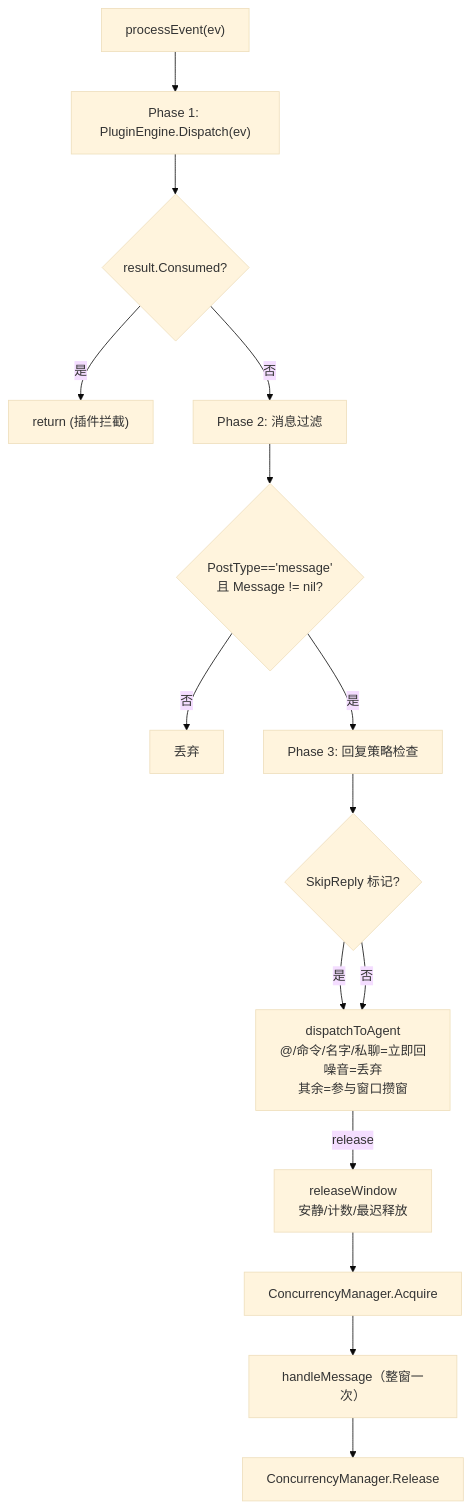
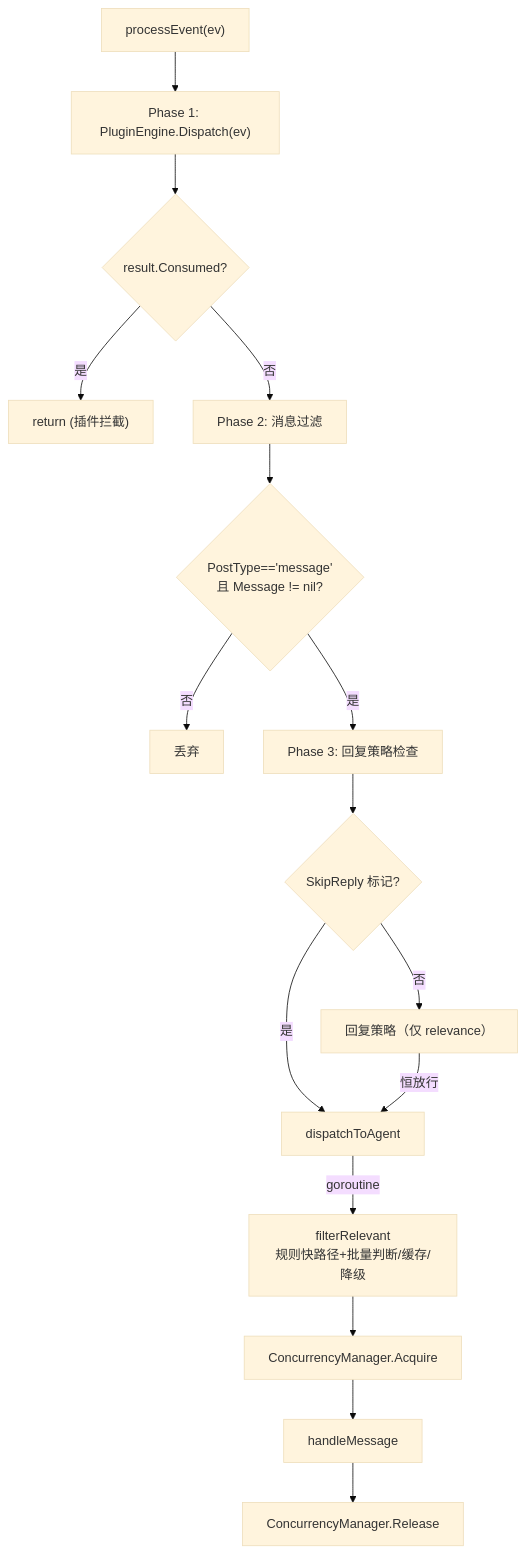
The seventh of 14 diagrams in docs/project-details.md (TuF3i/JuanNiang-Neo), drawn with Mermaid (base theme) before and after one commit. The commit also changed other lines of this file and 38 other files, not shown here.

````diff
--- a/docs/project-details.md
+++ b/docs/project-details.md
@@ -489,17 +492,18 @@
 ```mermaid
 flowchart TD
   Start["processEvent(ev)"] --> P1["Phase 1: PluginEngine.Dispatch(ev)"]
   P1 --> C1{"result.Consumed?"}
   C1 -->|是| Done["return (插件拦截)"]
   C1 -->|否| P2["Phase 2: 消息过滤"]
   P2 --> P2C{"PostType=='message'<br/>且 Message != nil?"}
   P2C -->|否| Drop["丢弃"]
   P2C -->|是| P3["Phase 3: 回复策略检查"]
   P3 --> P3C{"SkipReply 标记?"}
   P3C -->|是| DA["dispatchToAgent"]
-  P3C -->|否| DA["dispatchToAgent<br/>@/命令/名字/私聊=立即回<br/>噪音=丢弃<br/>其余=参与窗口攒窗"]
-  DA -->|release| RW["releaseWindow<br/>安静/计数/最迟释放"]
-  RW --> CM["ConcurrencyManager.Acquire"]
-  CM --> HM["handleMessage（整窗一次）"]
+  P3C -->|否| STR["回复策略（仅 relevance）"]
+  STR -->|恒放行| DA["dispatchToAgent"]
+  DA -->|goroutine| FB["filterRelevant<br/>规则快路径+批量判断/缓存/降级"]
+  FB --> CM["ConcurrencyManager.Acquire"]
+  CM --> HM["handleMessage"]
   HM --> CMR["ConcurrencyManager.Release"]
 ```
````
